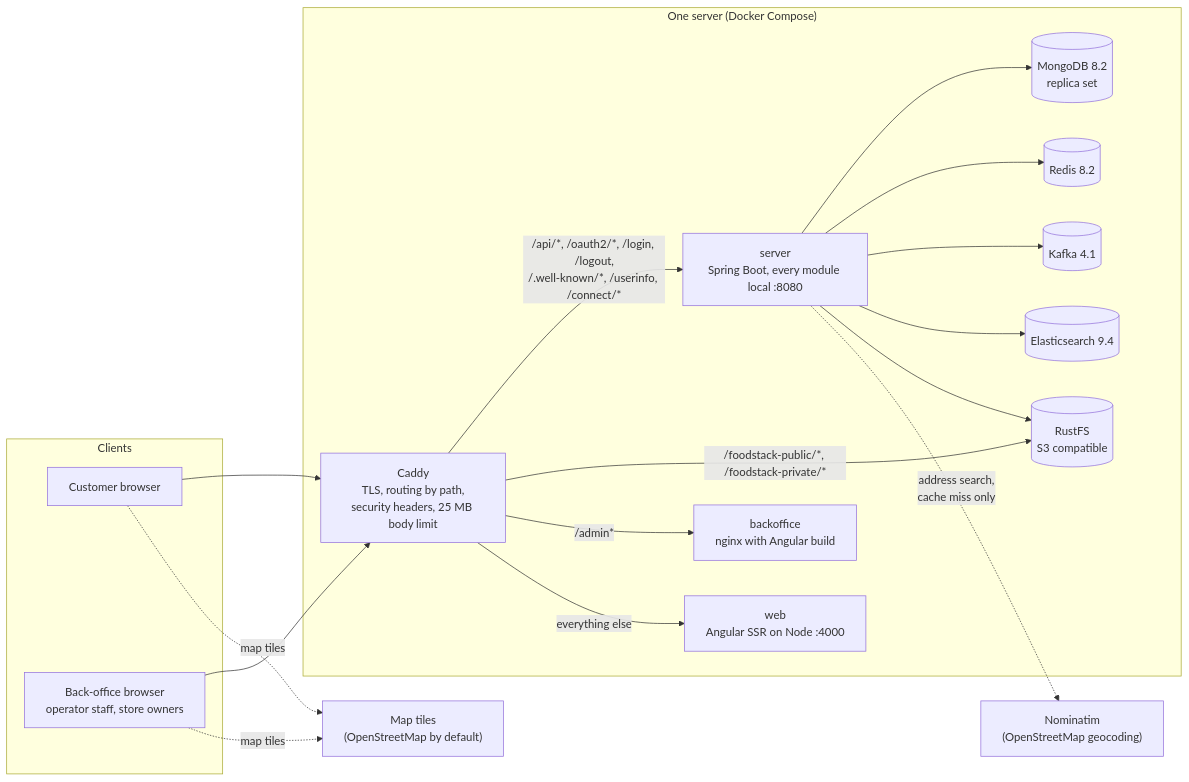
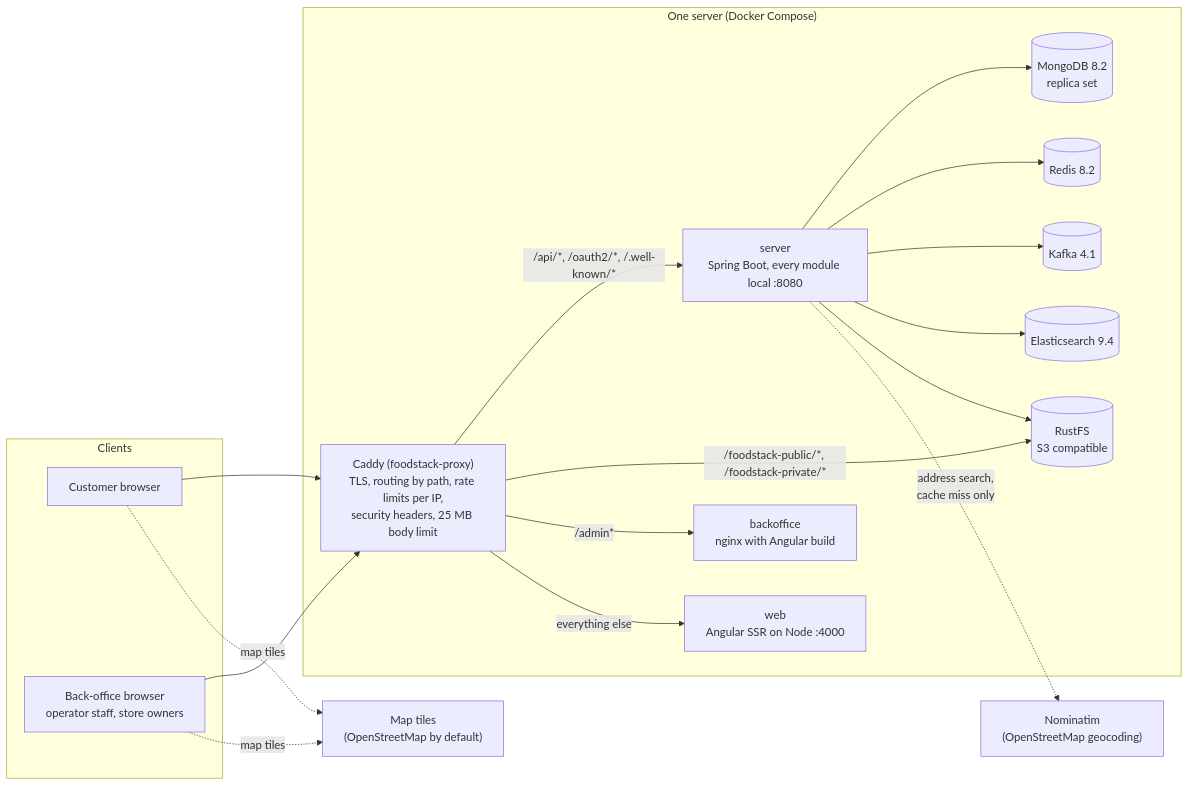
One commit to ilyaslabs/foodstack changed the first of 5 diagrams in docs/architecture/01-big-picture.md. Above: the diagram before and after it, drawn with Mermaid. The commit also changed other lines of this file and 11 other files, not shown here.

First line of the commit message:
Docs for the scale-out work: BRD, PRD, TDD 7.3-7.5, 9.1 and 25, deployment guide, flows

````diff
--- a/docs/architecture/01-big-picture.md
+++ b/docs/architecture/01-big-picture.md
@@ -9,37 +9,37 @@
 ```mermaid
 flowchart LR
     subgraph Clients
         C[Customer browser]
         B[Back-office browser<br/>operator staff, store owners]
     end
 
     subgraph Server["One server (Docker Compose)"]
-        P["Caddy<br/>TLS, routing by path,<br/>security headers, 25 MB body limit"]
+        P["Caddy (foodstack-proxy)<br/>TLS, routing by path, rate limits per IP,<br/>security headers, 25 MB body limit"]
         W["web<br/>Angular SSR on Node :4000"]
         BO["backoffice<br/>nginx with Angular build"]
         S["server<br/>Spring Boot, every module local :8080"]
         M[("MongoDB 8.2<br/>replica set")]
         R[("Redis 8.2")]
         K[("Kafka 4.1")]
         E[("Elasticsearch 9.4")]
         O[("RustFS<br/>S3 compatible")]
     end
 
     N["Nominatim<br/>(OpenStreetMap geocoding)"]
     T["Map tiles<br/>(OpenStreetMap by default)"]
 
     C --> P
     B --> P
-    P -- "/api/*, /oauth2/*, /login, /logout,<br/>/.well-known/*, /userinfo, /connect/*" --> S
+    P -- "/api/*, /oauth2/*, /.well-known/*" --> S
     P -- "/foodstack-public/*, /foodstack-private/*" --> O
     P -- "/admin*" --> BO
     P -- "everything else" --> W
     S --> M
     S --> R
     S --> K
     S --> E
     S --> O
     S -. "address search,<br/>cache miss only" .-> N
     C -. "map tiles" .-> T
     B -. "map tiles" .-> T
 ```
````
